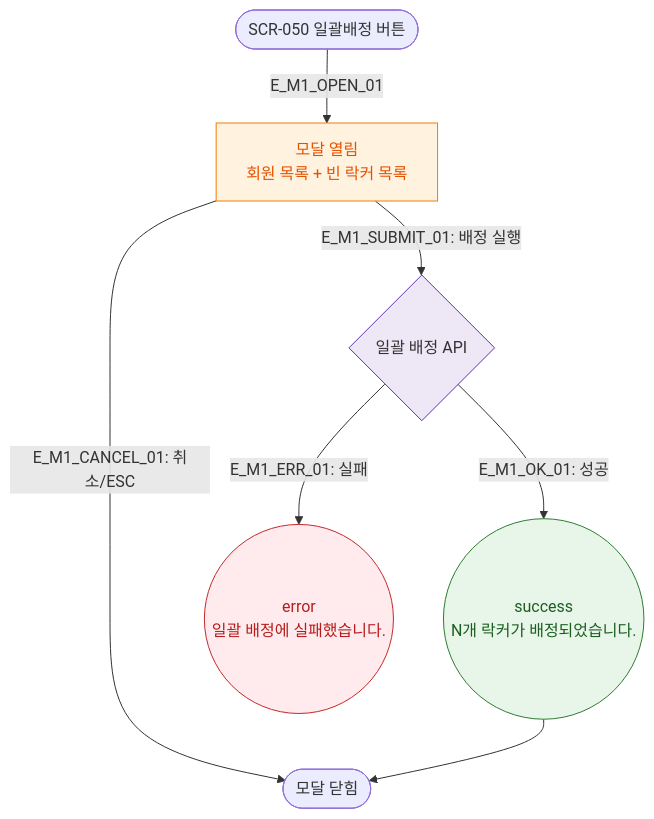
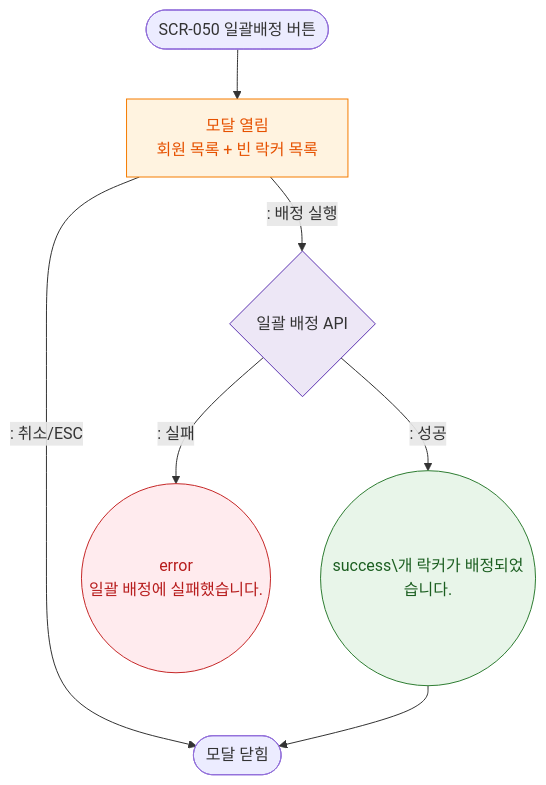
One commit to dev-spogym/admin-pando changed the diagram in docs/다이어그램/D06_시설관리/DLG/DLG-050-006_일괄배정/M1_생명주기.md. Above: the diagram before and after it, drawn with Mermaid. The commit also changed other lines of this file and 1660 other files, not shown here.

First line of the commit message:
다이어그램: 기획자/클라이언트 납품본으로 정리

````diff
--- a/docs/다이어그램/D06_시설관리/DLG/DLG-050-006_일괄배정/M1_생명주기.md
+++ b/docs/다이어그램/D06_시설관리/DLG/DLG-050-006_일괄배정/M1_생명주기.md
@@ -16,18 +14,18 @@
 ```mermaid
 flowchart TD
-    TRIGGER([SCR-050 일괄배정 버튼]) -->|E_M1_OPEN_01| OPEN[모달 열림\n회원 목록 + 빈 락커 목록]
-    OPEN -->|"E_M1_SUBMIT_01: 배정 실행"| BulkAPI{일괄 배정 API}
-    BulkAPI -->|"E_M1_OK_01: 성공"| SUCCESS((success\nN개 락커가 배정되었습니다.))
-    BulkAPI -->|"E_M1_ERR_01: 실패"| FAIL((error\n일괄 배정에 실패했습니다.))
-    OPEN -->|"E_M1_CANCEL_01: 취소/ESC"| CLOSED([모달 닫힘])
+    TRIGGER([SCR-050 일괄배정 버튼]) --> OPEN[모달 열림\n회원 목록 + 빈 락커 목록]
+    OPEN -->|": 배정 실행"|BulkAPI{일괄 배정 API}
+    BulkAPI -->|": 성공"|SUCCESS((success\개 락커가 배정되었습니다.))
+    BulkAPI -->|": 실패"|FAIL((error\n일괄 배정에 실패했습니다.))
+    OPEN -->|": 취소/ESC"|CLOSED([모달 닫힘])
     SUCCESS --> CLOSED
 
     classDef modal fill:#FFF3E0,stroke:#F57C00,color:#E65100
     classDef success fill:#E8F5E9,stroke:#2E7D32,color:#1B5E20
     classDef error fill:#FFEBEE,stroke:#C62828,color:#B71C1C
     classDef system fill:#EDE7F6,stroke:#5E35B2
     class OPEN modal
     class SUCCESS success
     class FAIL error
     class BulkAPI system
 ```
````
